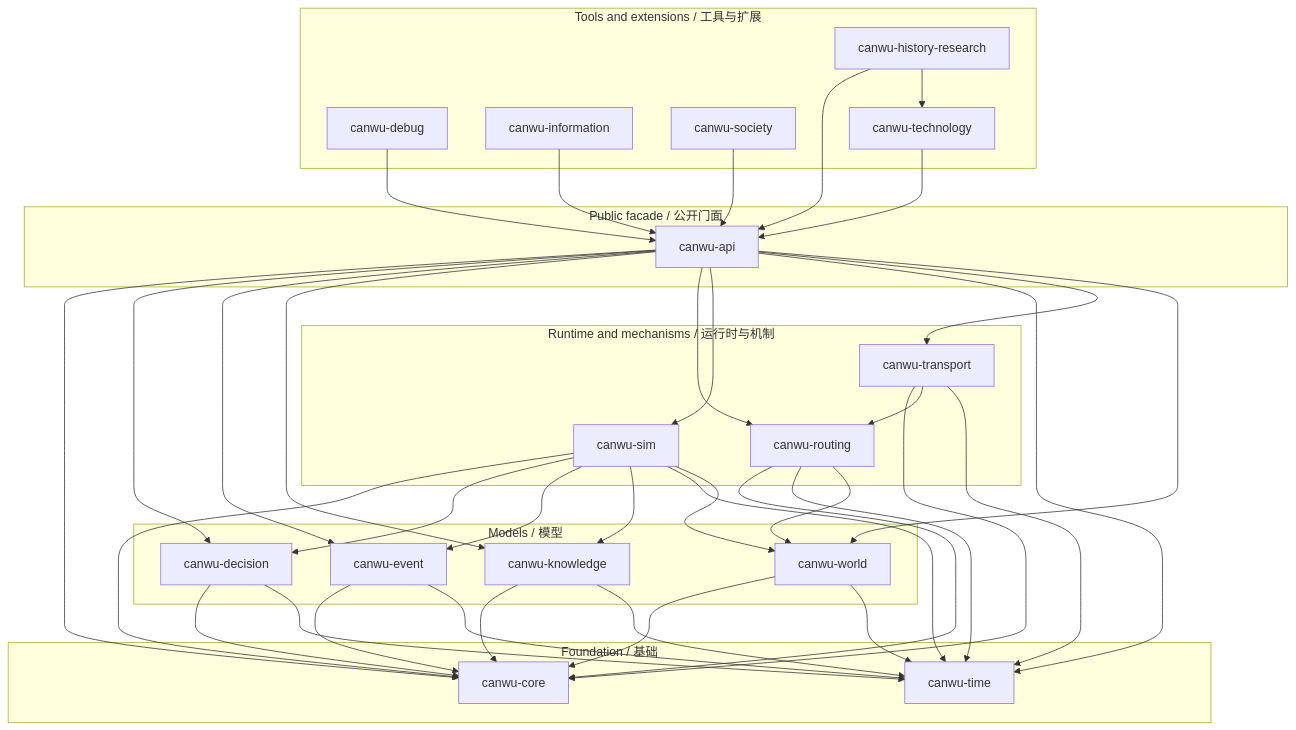
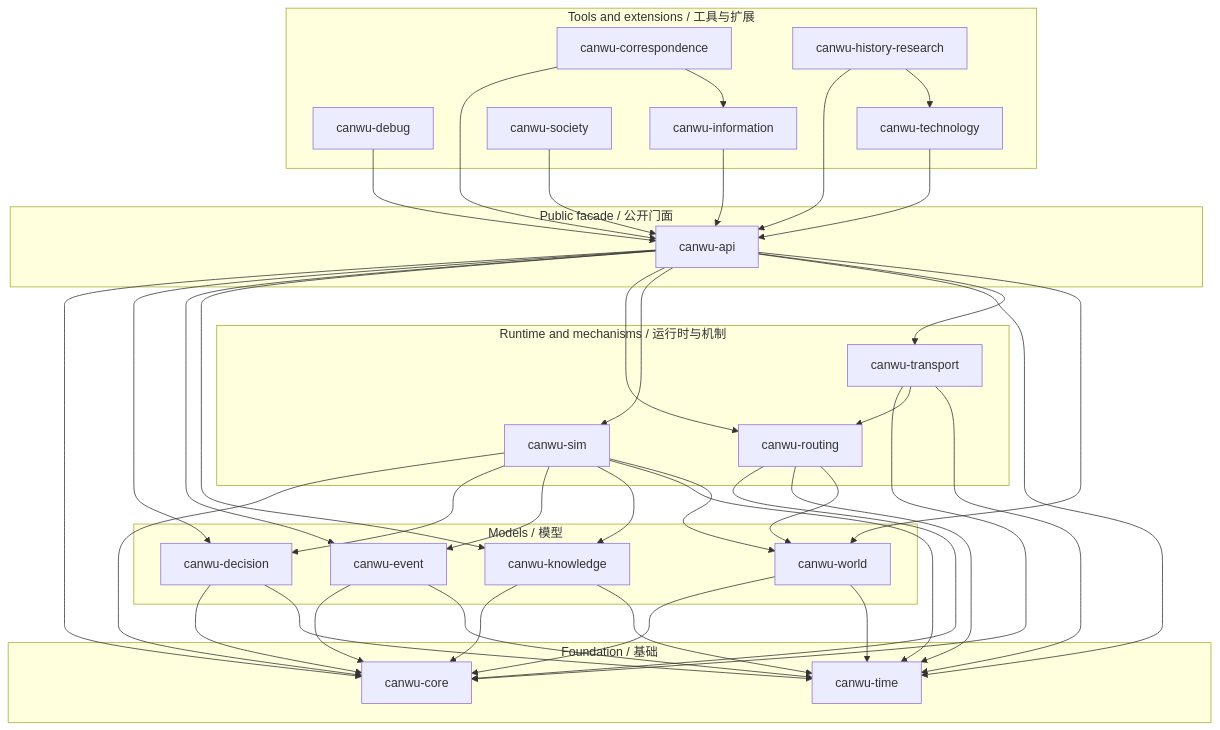
Before and after one commit to PeiyuanQi/canwu: the third of 6 diagrams in docs/architecture.md, drawn with Mermaid. The commit also changed other lines of this file and 43 other files, not shown here.

````diff
--- a/docs/architecture.md
+++ b/docs/architecture.md
@@ -129,73 +129,76 @@
 ```mermaid
 flowchart TB
     subgraph ToolsExtensions["Tools and extensions / 工具与扩展"]
         Debug["canwu-debug"]
+        Correspondence["canwu-correspondence"]
         Information["canwu-information"]
         Society["canwu-society"]
         Technology["canwu-technology"]
         History["canwu-history-research"]
     end
 
     subgraph Facade["Public facade / 公开门面"]
         Api["canwu-api"]
     end
 
     subgraph RuntimeMechanisms["Runtime and mechanisms / 运行时与机制"]
         Sim["canwu-sim"]
         Transport["canwu-transport"]
         Routing["canwu-routing"]
     end
 
     subgraph Models["Models / 模型"]
         Decision["canwu-decision"]
         Event["canwu-event"]
         Knowledge["canwu-knowledge"]
         World["canwu-world"]
     end
 
     subgraph Foundation["Foundation / 基础"]
         Core["canwu-core"]
         Time["canwu-time"]
     end
 
     Debug --> Api
+    Correspondence --> Api
+    Correspondence --> Information
     Information --> Api
     Society --> Api
     Technology --> Api
     History --> Api
     History --> Technology
 
     Api --> Core
     Api --> Decision
     Api --> Event
     Api --> Knowledge
     Api --> Routing
     Api --> Sim
     Api --> Time
     Api --> Transport
     Api --> World
 
     Sim --> Core
     Sim --> Decision
     Sim --> Event
     Sim --> Knowledge
     Sim --> Time
     Sim --> World
 
     Transport --> Core
     Transport --> Routing
     Transport --> Time
 
     Routing --> Core
     Routing --> Time
     Routing --> World
 
     Decision --> Core
     Decision --> Time
     Event --> Core
     Event --> Time
     Knowledge --> Core
     Knowledge --> Time
     World --> Core
     World --> Time
 ```
````
